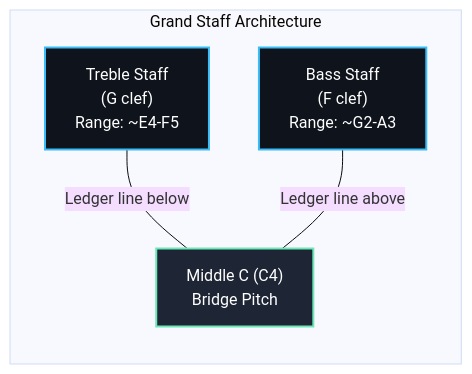
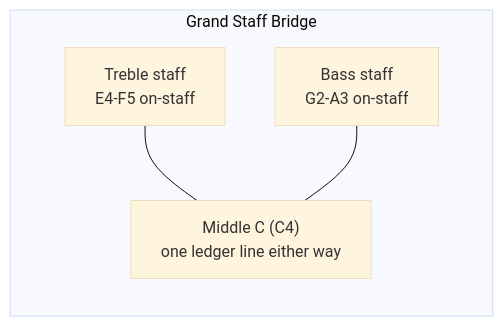
One commit to blebleblee/synapse changed the second of 4 diagrams in topics/arts/composition/music_theory/lesson_01_music_notation.md. Above: the diagram before and after it, drawn with Mermaid (base theme). The commit also changed other lines of this file and 4 other files, not shown here.

````diff
--- a/topics/arts/composition/music_theory/lesson_01_music_notation.md
+++ b/topics/arts/composition/music_theory/lesson_01_music_notation.md
@@ -120,15 +50,7 @@
 ```mermaid
 graph LR
-    subgraph sub_grand_staff_architecture ["Grand Staff Architecture"]
-        A["Treble Staff<br/>(G clef)<br/>Range: ~E4-F5"] 
-        B["Bass Staff<br/>(F clef)<br/>Range: ~G2-A3"]
-        C["Middle C (C4)<br/>Bridge Pitch"]
+    subgraph sub_grand_staff ["Grand Staff Bridge"]
+        A["Treble staff<br/>E4-F5 on-staff"] --- C["Middle C (C4)<br/>one ledger line either way"]
+        B["Bass staff<br/>G2-A3 on-staff"] --- C
     end
-    
-    A ---|"Ledger line below"| C
-    B ---|"Ledger line above"| C
-    
-    style A fill:#0F131C,stroke:#38BDF8,stroke-width:2px,color:#fff
-    style B fill:#0F131C,stroke:#38BDF8,stroke-width:2px,color:#fff
-    style C fill:#1E2636,stroke:#6EE7B7,stroke-width:2px,color:#fff
 ```
````
